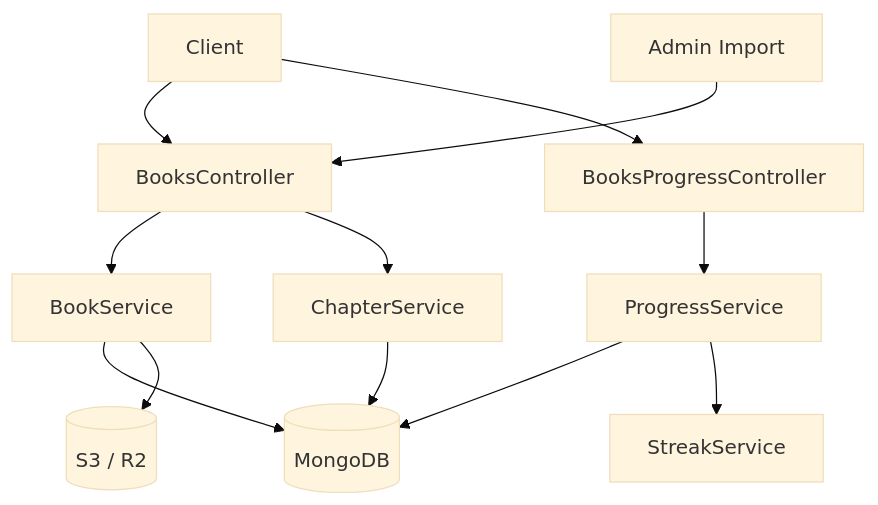
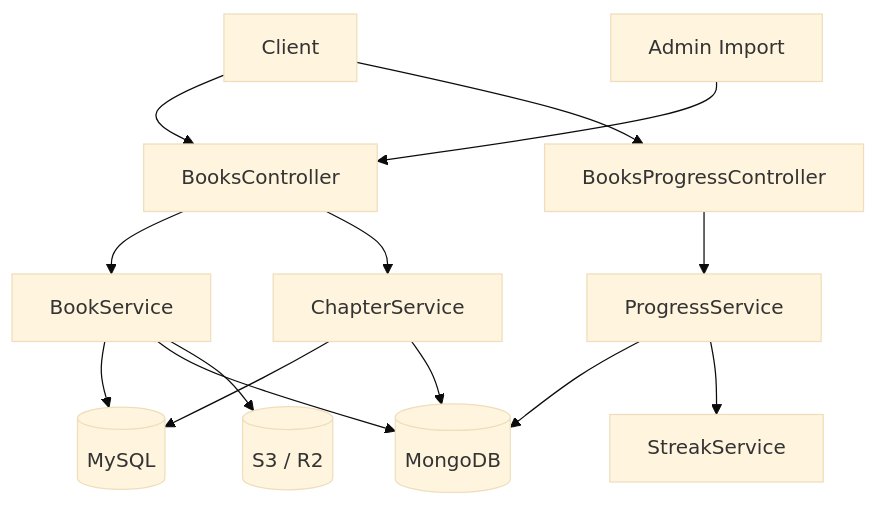
The first of 3 diagrams in docs/architecture/content-book.md (SWM16-ASAP/back-server), drawn with Mermaid (base theme) before and after one commit. The commit also changed other lines of this file and 38 other files, not shown here.

````diff
--- a/docs/architecture/content-book.md
+++ b/docs/architecture/content-book.md
@@ -39,28 +40,31 @@
 ```mermaid
 flowchart TD
     Client[Client]
     Admin[Admin Import]
     BooksController[BooksController]
     ProgressController[BooksProgressController]
     BookService[BookService]
     ChapterService[ChapterService]
     ProgressService[ProgressService]
     Mongo[(MongoDB)]
+    MySQL[(MySQL)]
     S3[(S3 / R2)]
     Streak[StreakService]
 
     Client --> BooksController
     Client --> ProgressController
     Admin --> BooksController
 
     BooksController --> BookService
     BooksController --> ChapterService
     ProgressController --> ProgressService
 
+    BookService --> MySQL
     BookService --> Mongo
+    ChapterService --> MySQL
     ChapterService --> Mongo
     ProgressService --> Mongo
 
     BookService --> S3
     ProgressService --> Streak
 ```
````
